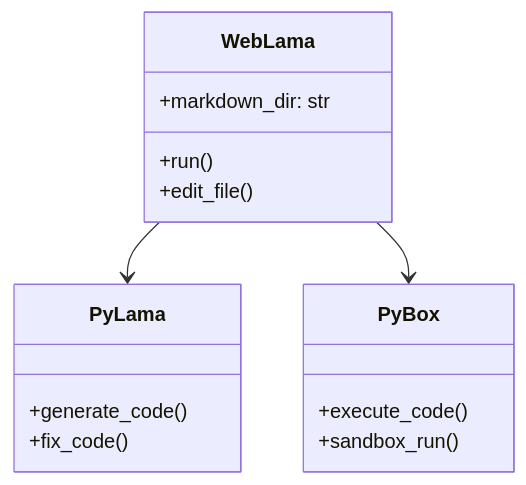
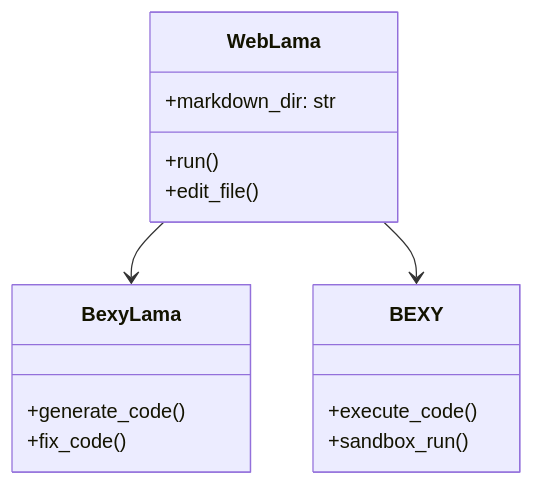
One commit to py-lama/weblama changed the third of 3 diagrams in markdown/mermaid_example.md. Above: the diagram before and after it, drawn with Mermaid. The commit also changed other lines of this file and 5 other files, not shown here.

````diff
--- a/markdown/mermaid_example.md
+++ b/markdown/mermaid_example.md
@@ -35,18 +35,18 @@
 ```mermaid
 classDiagram
     class WebLama {
         +markdown_dir: str
         +run()
         +edit_file()
     }
-    class PyLama {
+    class BexyLama {
         +generate_code()
         +fix_code()
     }
-    class PyBox {
+    class BEXY {
         +execute_code()
         +sandbox_run()
     }
-    WebLama --> PyLama
-    WebLama --> PyBox
+    WebLama --> BexyLama
+    WebLama --> BEXY
 ```
````
